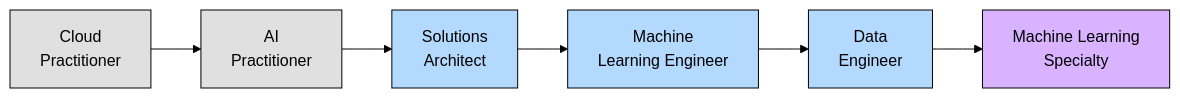
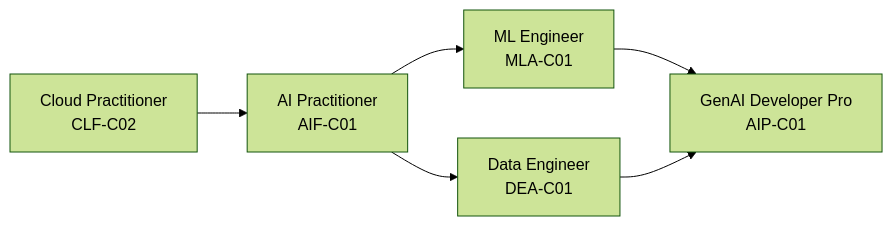
Before and after one commit to CloudCityPress/aws-aif-c01: the second of 5 diagrams in english/00_60_AWS_Certifications_and_exam.md, drawn with Mermaid (forest theme). The commit also changed other lines of this file, not shown here.

First line of the commit message:
Revise AWS Certifications and AI Practitioner Exam guide

````diff
--- a/english/00_60_AWS_Certifications_and_exam.md
+++ b/english/00_60_AWS_Certifications_and_exam.md
@@ -49,13 +43,8 @@
 ```mermaid
-graph LR
-    A[Cloud<br>Practitioner]:::gray --> B[AI<br>Practitioner]:::gray
-    B --> C[Solutions<br>Architect]:::blue
-    C --> D[Machine<br>Learning Engineer]:::blue
-    D --> E[Data<br>Engineer]:::blue
-    E --> F[Machine Learning<br>Specialty]:::purple
-  
-    classDef gray fill:#E0E0E0,color:black
-    classDef blue fill:#B3D9FF,color:black
-    classDef purple fill:#D9B3FF,color:black
-    classDef default fill:#ffffff,stroke:#000000
+flowchart LR
+    A[Cloud Practitioner<br>CLF-C02] --> B[AI Practitioner<br>AIF-C01]
+    B --> C[ML Engineer<br>MLA-C01]
+    B --> D[Data Engineer<br>DEA-C01]
+    C --> E[GenAI Developer Pro<br>AIP-C01]
+    D --> E
 ```
````
